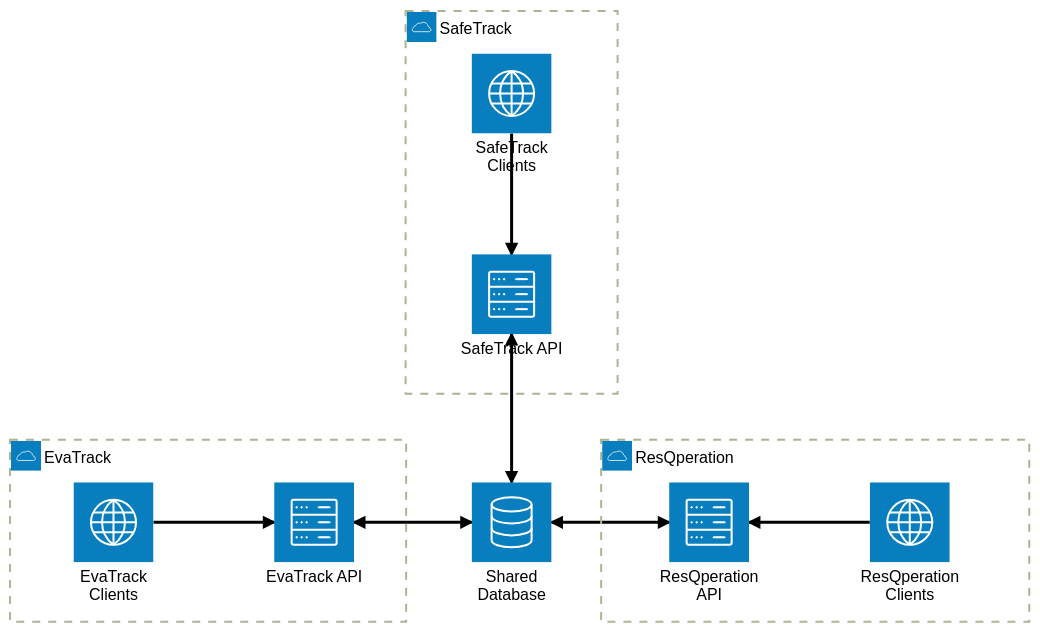
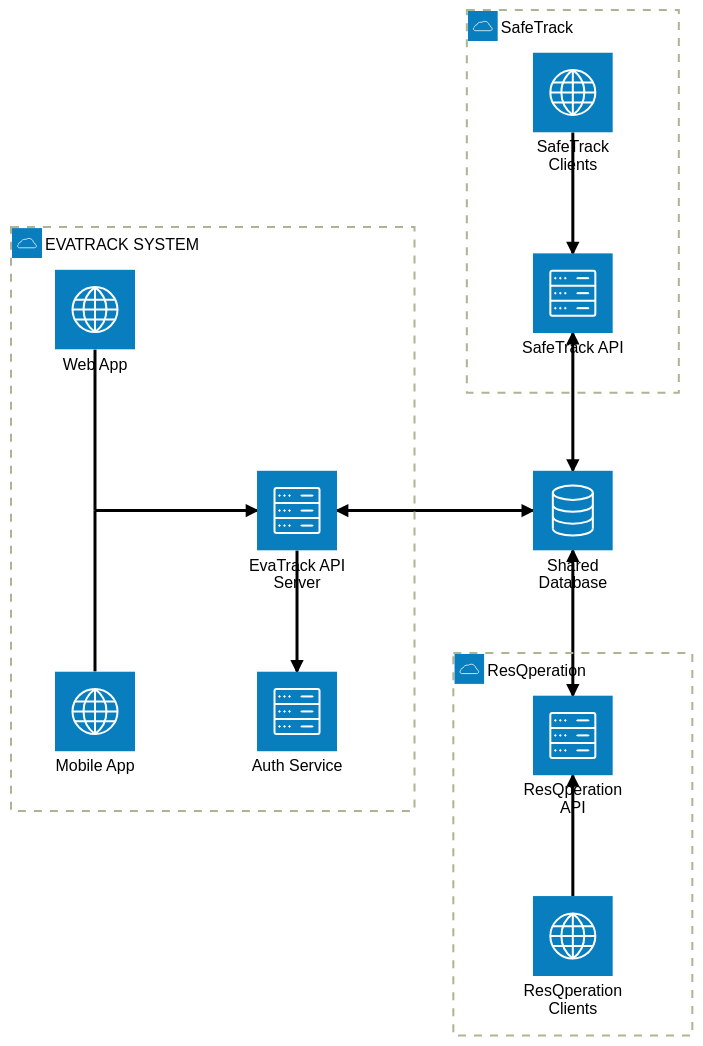
The second of 2 diagrams in docs/architecture.md (klint-droid/EvaTrack), drawn with Mermaid (forest theme) before and after one commit. The commit also changed other lines of this file, not shown here.

Commit message:
docs(architecture): emphasize EvaTrack system with shared database connected to SafeTrack and ResQperation

````diff
--- a/docs/architecture.md
+++ b/docs/architecture.md
@@ -131,26 +131,32 @@
 ```mermaid
 architecture-beta
-    group evatrack(cloud)[EvaTrack]
+    group evatrack(cloud)[EVATRACK SYSTEM]
     group safetrack(cloud)[SafeTrack]
     group resq(cloud)[ResQperation]
 
-    service eva_client(internet)[EvaTrack Clients] in evatrack
-    service eva_api(server)[EvaTrack API] in evatrack
+    service web(internet)[Web App] in evatrack
+    service mobile(internet)[Mobile App] in evatrack
+    junction clients in evatrack
+    service api(server)[EvaTrack API Server] in evatrack
+    service auth(server)[Auth Service] in evatrack
 
     service safe_client(internet)[SafeTrack Clients] in safetrack
     service safe_api(server)[SafeTrack API] in safetrack
 
+    service resq_api(server)[ResQperation API] in resq
     service resq_client(internet)[ResQperation Clients] in resq
-    service resq_api(server)[ResQperation API] in resq
 
     service db(database)[Shared Database]
 
-    eva_client:R --> L:eva_api
-    eva_api:R <--> L:db
+    web:B -- T:clients
+    mobile:T -- B:clients
+    clients:R --> L:api
+    api:B --> T:auth
+    api:R <--> L:db
 
     safe_client:B --> T:safe_api
     safe_api:B <--> T:db
 
-    resq_client:L --> R:resq_api
-    resq_api:L <--> R:db
+    resq_client:T --> B:resq_api
+    resq_api:T <--> B:db
 ```
````
